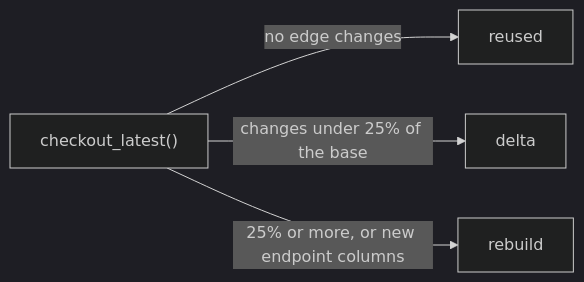
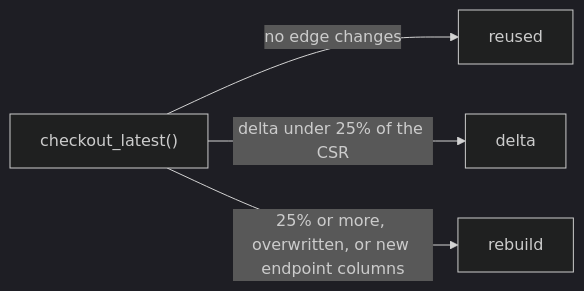
Before and after one commit to hyperdimensionalcomputingai/lance-csr: the second of 2 diagrams in docs/csr.md, drawn with Mermaid (dark theme). The commit also changed other lines of this file and 2 other files, not shown here.

First line of the commit message:
docs(csr): rewrite keeping the csr current for newcomers

````diff
--- a/docs/csr.md
+++ b/docs/csr.md
@@ -366,6 +355,6 @@
     ```mermaid
     flowchart LR
         R["checkout_latest()"] -- "no edge changes" --> U["reused"]
-        R -- "changes under 25% of the base" --> DL["delta"]
-        R -- "25% or more, or new endpoint columns" --> RB["rebuild"]
+        R -- "delta under 25% of the CSR" --> DL["delta"]
+        R -- "25% or more, overwritten, or new endpoint columns" --> RB["rebuild"]
     ```
````
